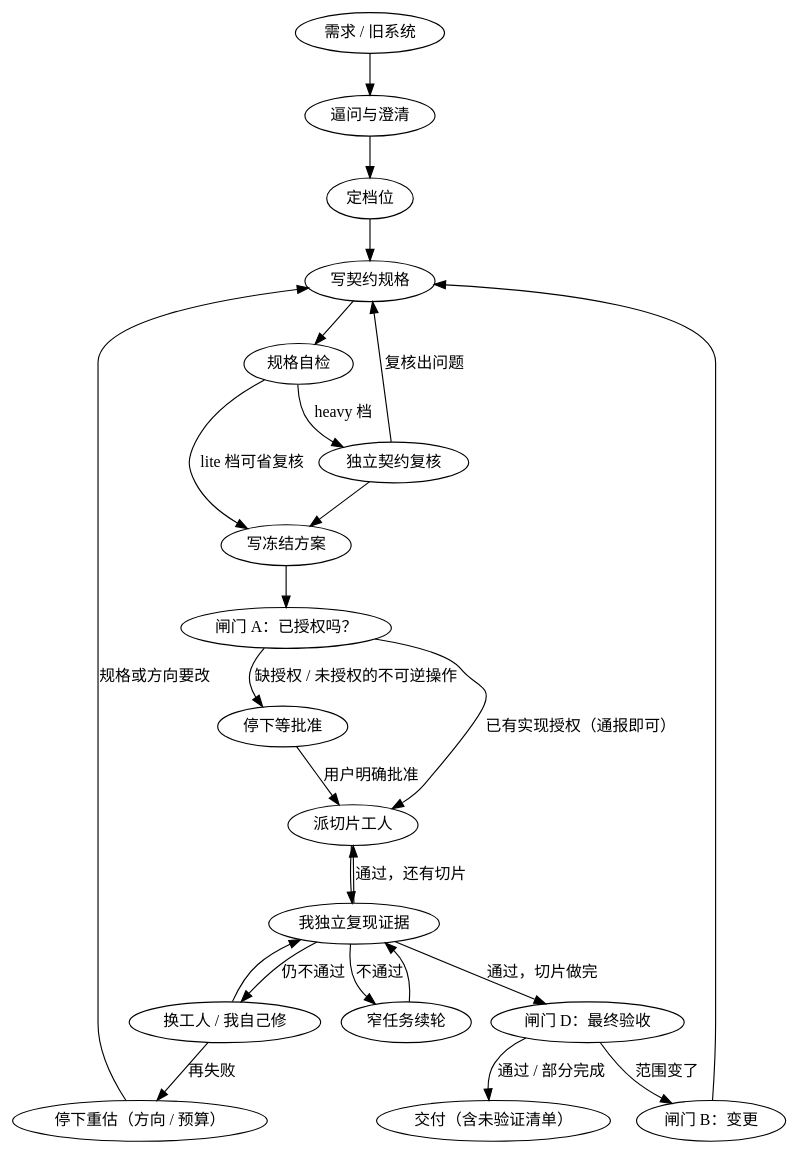
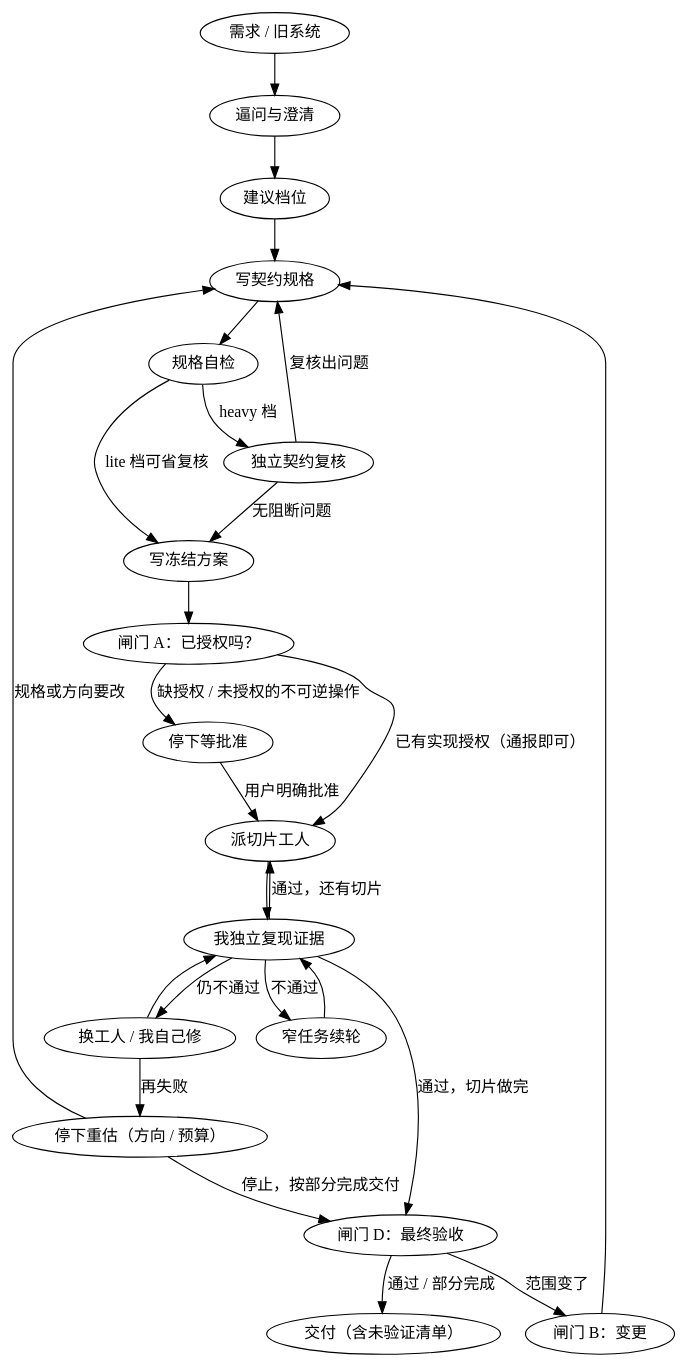
Before and after one commit to Leexunhuan743/orchestrated-build: the diagram in SKILL.md, drawn with Graphviz. The commit also changed other lines of this file and 8 other files, not shown here.

Commit message:
docs(skill): 对齐流程图、验收证据与切片模板

````diff
--- a/SKILL.md
+++ b/SKILL.md
@@ -26,28 +26,29 @@
 ```dot
 digraph loop {
   "需求 / 旧系统" -> "逼问与澄清";
-  "逼问与澄清" -> "定档位";
-  "定档位" -> "写契约规格";
+  "逼问与澄清" -> "建议档位";
+  "建议档位" -> "写契约规格";
   "写契约规格" -> "规格自检";
   "规格自检" -> "独立契约复核" [label="heavy 档"];
   "规格自检" -> "写冻结方案" [label="lite 档可省复核"];
-  "独立契约复核" -> "写冻结方案";
+  "独立契约复核" -> "写冻结方案" [label="无阻断问题"];
   "独立契约复核" -> "写契约规格" [label="复核出问题"];
   "写冻结方案" -> "闸门 A：已授权吗？";
   "闸门 A：已授权吗？" -> "停下等批准" [label="缺授权 / 未授权的不可逆操作"];
   "停下等批准" -> "派切片工人" [label="用户明确批准"];
   "闸门 A：已授权吗？" -> "派切片工人" [label="已有实现授权（通报即可）"];
   "派切片工人" -> "我独立复现证据";
   "我独立复现证据" -> "窄任务续轮" [label="不通过"];
   "窄任务续轮" -> "我独立复现证据";
   "我独立复现证据" -> "换工人 / 我自己修" [label="仍不通过"];
   "换工人 / 我自己修" -> "我独立复现证据";
   "换工人 / 我自己修" -> "停下重估（方向 / 预算）" [label="再失败"];
   "停下重估（方向 / 预算）" -> "写契约规格" [label="规格或方向要改"];
+  "停下重估（方向 / 预算）" -> "闸门 D：最终验收" [label="停止，按部分完成交付"];
   "我独立复现证据" -> "派切片工人" [label="通过，还有切片"];
   "我独立复现证据" -> "闸门 D：最终验收" [label="通过，切片做完"];
   "闸门 D：最终验收" -> "闸门 B：变更" [label="范围变了"];
   "闸门 B：变更" -> "写契约规格";
   "闸门 D：最终验收" -> "交付（含未验证清单）" [label="通过 / 部分完成"];
 }
 ```
````
